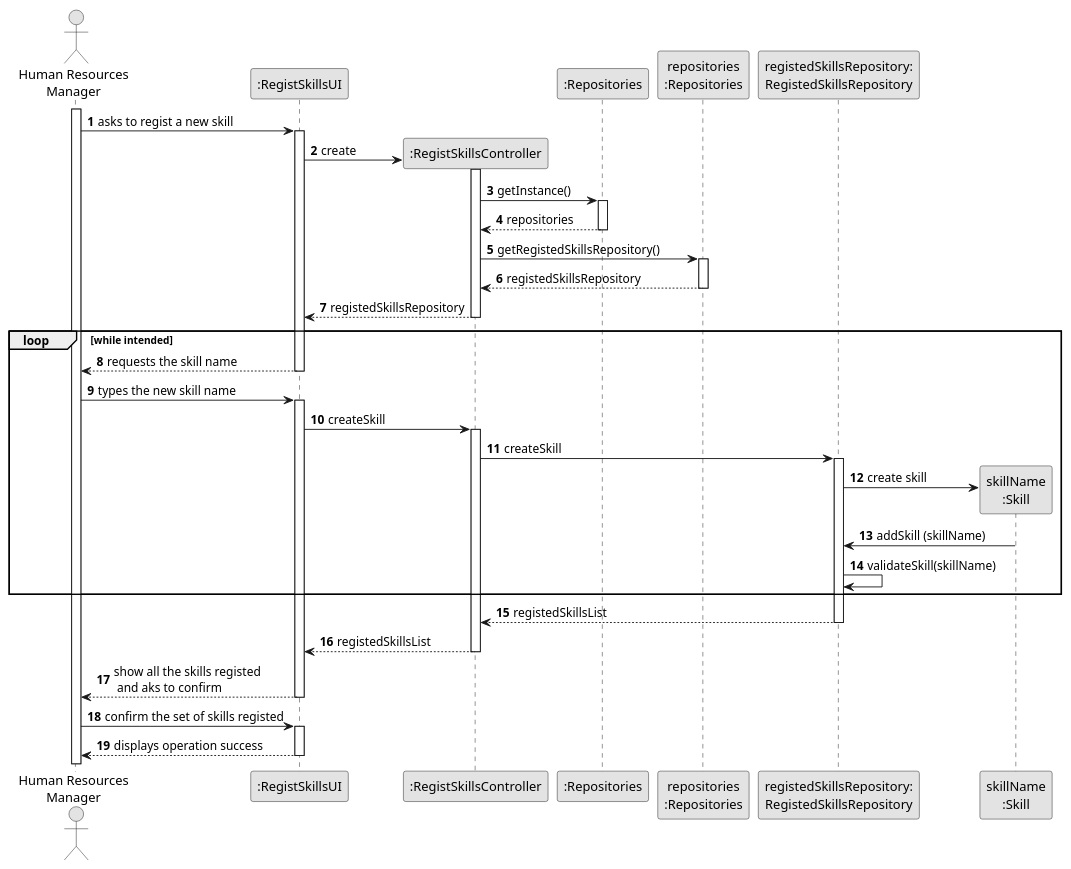
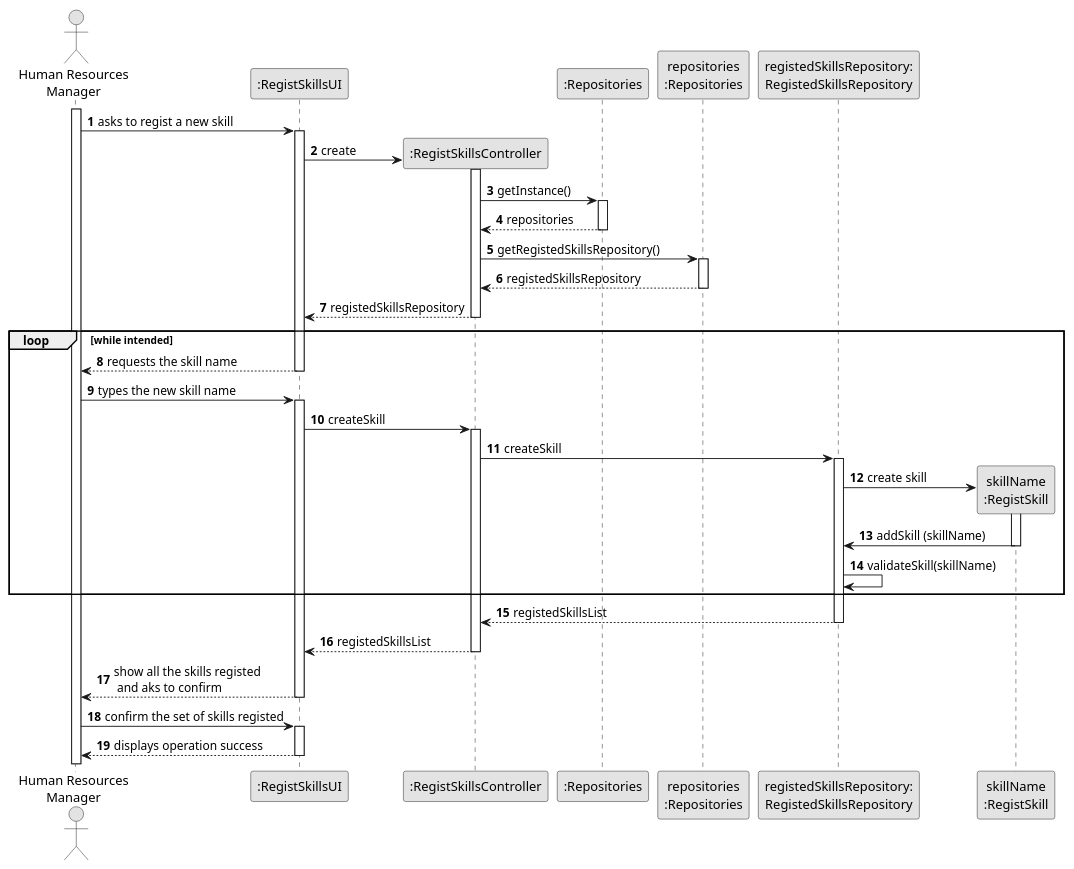
The diagram in docs/sprint2/us001/03.design/puml/us001-sequence-diagram-full.puml (1231360-ISEP/lei-24-s2-1db-g021), drawn with PlantUML before and after one commit. The commit also changed 5 other files, not shown here.

Commit message:
Update US01 - Sequence Diagrams, Class Diagram and SVG´s

```diff
--- a/docs/sprint2/us001/03.design/puml/us001-sequence-diagram-full.puml
+++ b/docs/sprint2/us001/03.design/puml/us001-sequence-diagram-full.puml
@@ -1,78 +1,80 @@
 @startuml
 skinparam monochrome true
 skinparam packageStyle rectangle
 skinparam shadowing false
 
 actor "Human Resources\nManager" as HRM
 participant ":RegistSkillsUI" as UI
 participant ":RegistSkillsController" as CTRL
 participant ":Repositories" as RepositorySingleton
 participant "repositories\n:Repositories" as PLAT
 participant "registedSkillsRepository:\nRegistedSkillsRepository" as RegistedSkillsRepository
-participant "skillName\n:Skill" as TAREFA
+participant "skillName\n:RegistSkill" as TAREFA
 
 autonumber 1
 
 activate HRM
 
     HRM -> UI : asks to regist a new skill
     activate UI
 
         UI -> CTRL** : create
 
         activate CTRL
 
         CTRL -> RepositorySingleton : getInstance()
         activate RepositorySingleton
 
             RepositorySingleton --> CTRL: repositories
         deactivate RepositorySingleton
 
         CTRL -> PLAT : getRegistedSkillsRepository()
         activate PLAT
 
             PLAT --> CTRL: registedSkillsRepository
         deactivate PLAT
 
         UI <-- CTRL : registedSkillsRepository
         deactivate CTRL
 
     loop while intended
             UI --> HRM : requests the skill name
         deactivate UI
 
         HRM -> UI : types the new skill name
         activate UI
             UI -> CTRL: createSkill
         activate CTRL
 
+            CTRL -> RegistedSkillsRepository : createSkill
+        activate RegistedSkillsRepository
 
-            CTRL -> RegistedSkillsRepository : createSkill
+            RegistedSkillsRepository -> TAREFA**: create skill
 
-            activate RegistedSkillsRepository
+        activate TAREFA
 
-                RegistedSkillsRepository -> TAREFA**: create skill
-                TAREFA -> RegistedSkillsRepository: addSkill (skillName)
-
-                    RegistedSkillsRepository -> RegistedSkillsRepository: validateSkill(skillName)
+        TAREFA -> RegistedSkillsRepository: addSkill (skillName)
+        deactivate TAREFA
+            RegistedSkillsRepository -> RegistedSkillsRepository: validateSkill(skillName)
 
     end
-                RegistedSkillsRepository --> CTRL : registedSkillsList
-            deactivate RegistedSkillsRepository
 
-            CTRL --> UI : registedSkillsList
-        deactivate CTRL
+    RegistedSkillsRepository --> CTRL : registedSkillsList
+    deactivate RegistedSkillsRepository
 
-        UI --> HRM : show all the skills registed\n and aks to confirm
+    CTRL --> UI : registedSkillsList
+    deactivate CTRL
 
-            deactivate CTRL
-        deactivate UI
+    UI --> HRM : show all the skills registed\n and aks to confirm
+
+    deactivate CTRL
+    deactivate UI
 
     HRM -> UI : confirm the set of skills registed
     activate UI
 
     UI --> HRM : displays operation success
     deactivate UI
 
 
 @enduml
```
